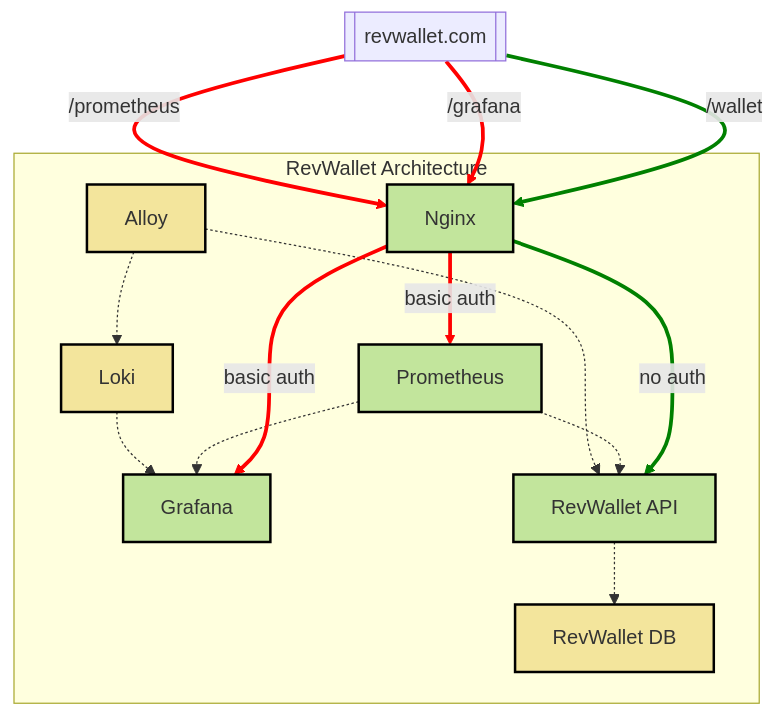
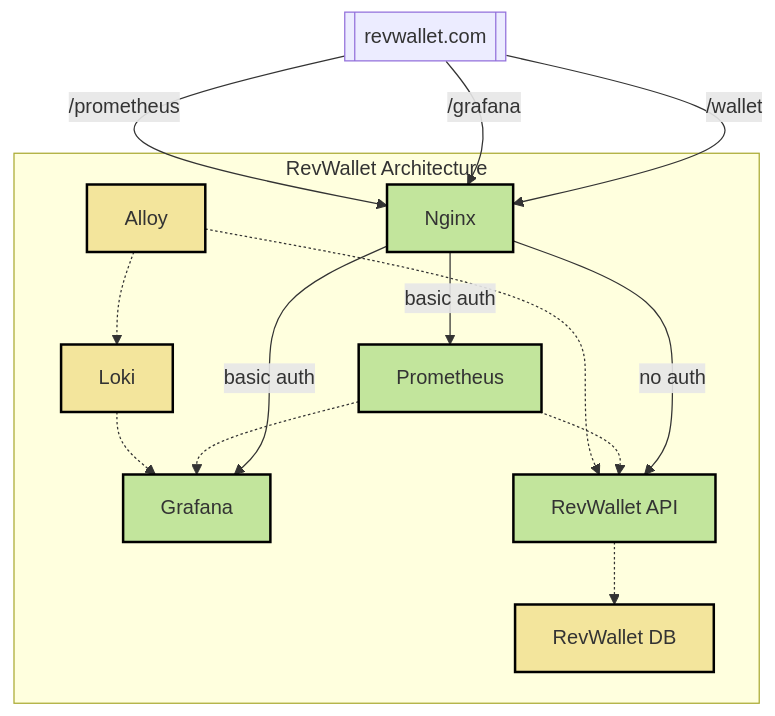
One commit to arthurjguerra/revwallet changed the diagram in README.md. Above: the diagram before and after it, drawn with Mermaid. The commit also changed 5 other files, not shown here.

````diff
--- a/README.md
+++ b/README.md
@@ -9,38 +9,36 @@
 ```mermaid
 graph TD
   subgraph RevWallet Architecture
       loki[Loki]
       alloy[Alloy]
       grafana[Grafana]
       prometheus[Prometheus]
       revwallet-db[RevWallet DB]
       revwallet-api[RevWallet API]
       nginx[Nginx]
   end
 
   loki -.-> grafana
   alloy -.-> loki
   alloy -.-> revwallet-api
   prometheus -.-> grafana
   prometheus -.-> revwallet-api
   revwallet-api -.-> revwallet-db
   nginx -- no auth --> revwallet-api
   nginx -- basic auth --> prometheus
   nginx -- basic auth --> grafana
   id1 -- /prometheus --> nginx
   id1 -- /grafana --> nginx
   id1[[revwallet.com]] -- /wallet --> nginx
 
   classDef public fill:#c2e59c,stroke:#000,stroke-width:2px;
   classDef private fill:#f3e59c,stroke:#000,stroke-width:2px;
-  linkStyle 7,8,9,10 stroke-width:3px,stroke:red
-  linkStyle 6,11 stroke-width:3px,stroke:green
 
   class loki private
   class alloy private
   class grafana public
   class prometheus public
   class revwallet-db private
   class revwallet-api public
   class nginx public
 ```
````
